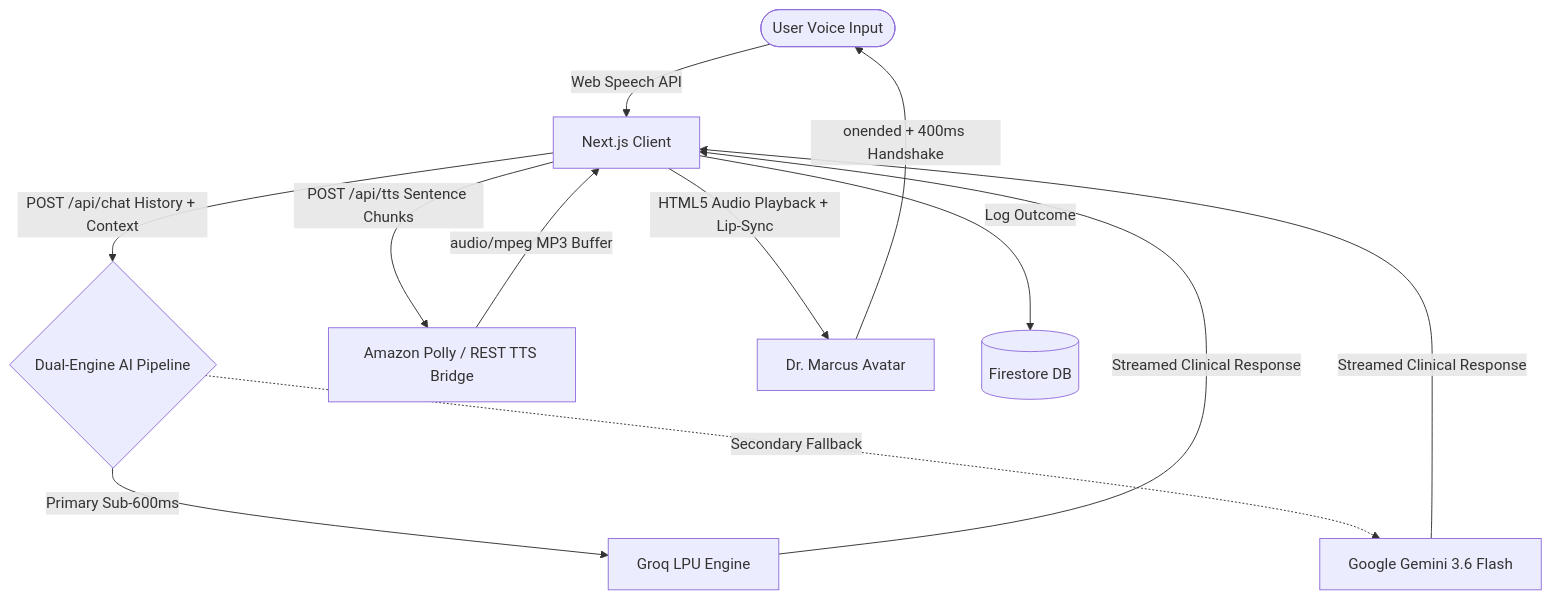
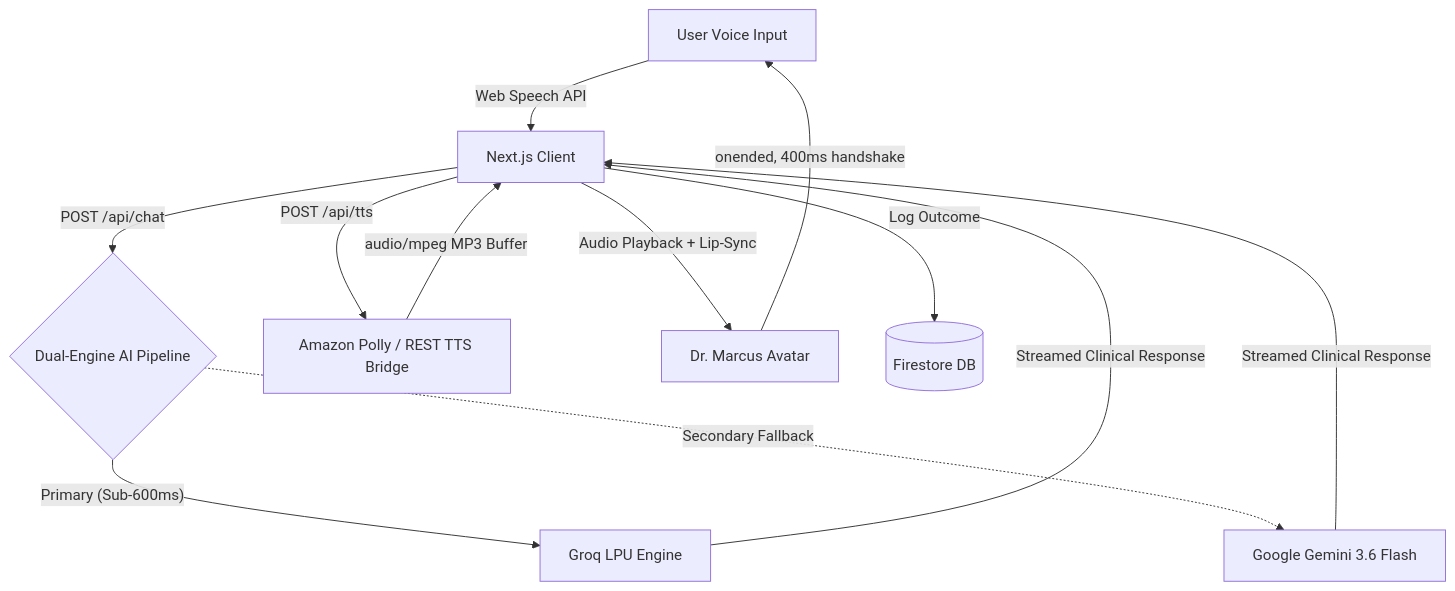
One commit to sayakbhattasali/mind-reset-ai changed the diagram in README.md. Above: the diagram before and after it, drawn with Mermaid. The commit also changed other lines of this file, not shown here.

````diff
--- a/README.md
+++ b/README.md
@@ -59,14 +59,15 @@
 ```mermaid
 flowchart TD
-    A([User Voice Input]) -->|Web Speech API| B[Next.js Client]
-    B -->|POST /api/chat History + Context| C{Dual-Engine AI Pipeline}
-    C -->|Primary Sub-600ms| D[Groq LPU Engine]
-    C -.->|Secondary Fallback| E[Google Gemini 3.6 Flash]
-    D -->|Streamed Clinical Response| B
-    E -->|Streamed Clinical Response| B
-    B -->|POST /api/tts Sentence Chunks| F[Amazon Polly / REST TTS Bridge]
-    F -->|audio/mpeg MP3 Buffer| B
-    B -->|HTML5 Audio Playback + Lip-Sync| G[Dr. Marcus Avatar]
-    G -->|onended + 400ms Handshake| A
-    B -->|Log Outcome| H[(Firestore DB)]
+    A["User Voice Input"] -->|"Web Speech API"| B["Next.js Client"]
+    B -->|"POST /api/chat"| C{"Dual-Engine AI Pipeline"}
+    C -->|"Primary (Sub-600ms)"| D["Groq LPU Engine"]
+    C -.->|"Secondary Fallback"| E["Google Gemini 3.6 Flash"]
+    D -->|"Streamed Clinical Response"| B
+    E -->|"Streamed Clinical Response"| B
+    B -->|"POST /api/tts"| F["Amazon Polly / REST TTS Bridge"]
+    F -->|"audio/mpeg MP3 Buffer"| B
+    B -->|"Audio Playback + Lip-Sync"| G["Dr. Marcus Avatar"]
+    G -->|"onended, 400ms handshake"| A
+    B -->|"Log Outcome"| H[("Firestore DB")]
+
 ```
````
